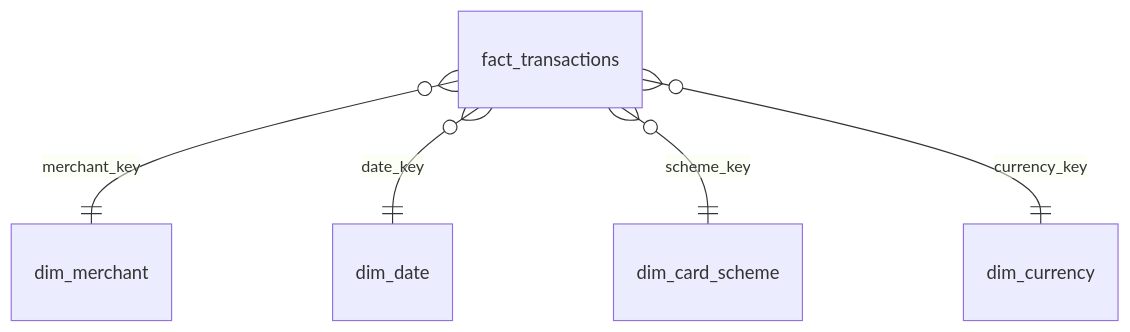
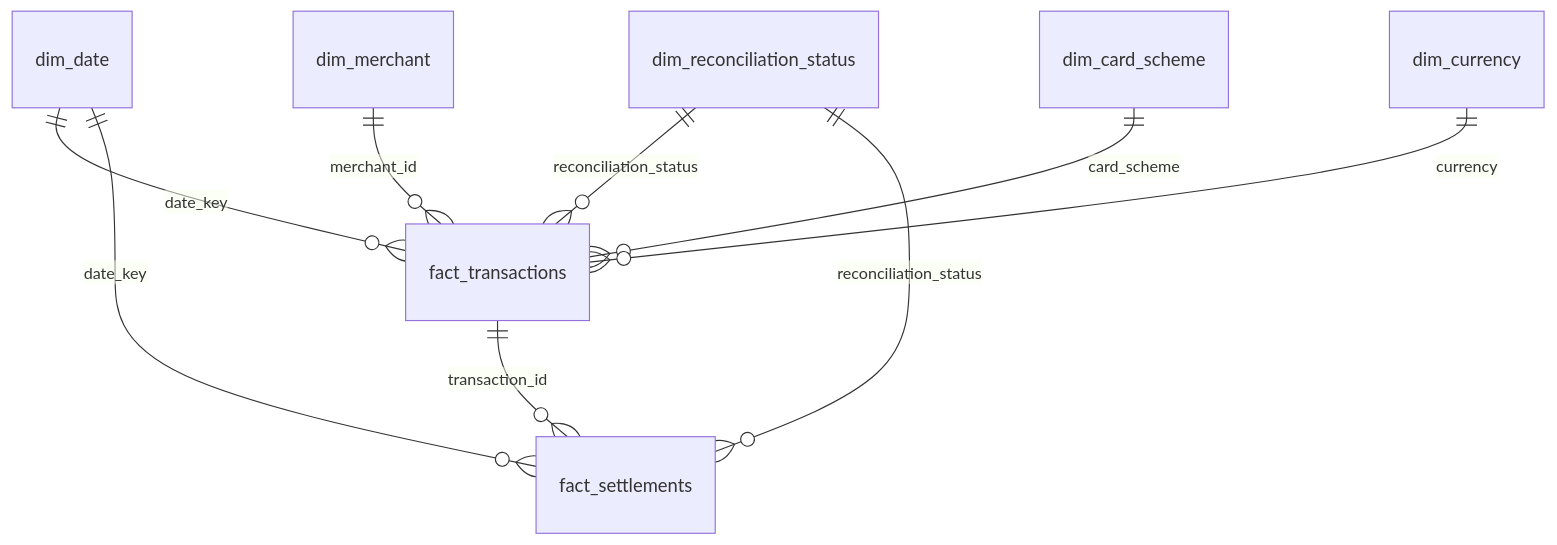
One commit to vismaya30/Data_Engineering changed the diagram in payments-data-platform/docs/data_model.md. Above: the diagram before and after it, drawn with Mermaid. The commit also changed other lines of this file and 81 other files, not shown here.

````diff
--- a/payments-data-platform/docs/data_model.md
+++ b/payments-data-platform/docs/data_model.md
@@ -39,7 +58,11 @@
 ```mermaid
 erDiagram
-    fact_transactions }o--|| dim_merchant : merchant_key
-    fact_transactions }o--|| dim_date : date_key
-    fact_transactions }o--|| dim_card_scheme : scheme_key
-    fact_transactions }o--|| dim_currency : currency_key
+    dim_date ||--o{ fact_transactions : date_key
+    dim_merchant ||--o{ fact_transactions : merchant_id
+    dim_card_scheme ||--o{ fact_transactions : card_scheme
+    dim_currency ||--o{ fact_transactions : currency
+    dim_reconciliation_status ||--o{ fact_transactions : reconciliation_status
+    dim_date ||--o{ fact_settlements : date_key
+    dim_reconciliation_status ||--o{ fact_settlements : reconciliation_status
+    fact_transactions ||--o{ fact_settlements : transaction_id
 ```
````
